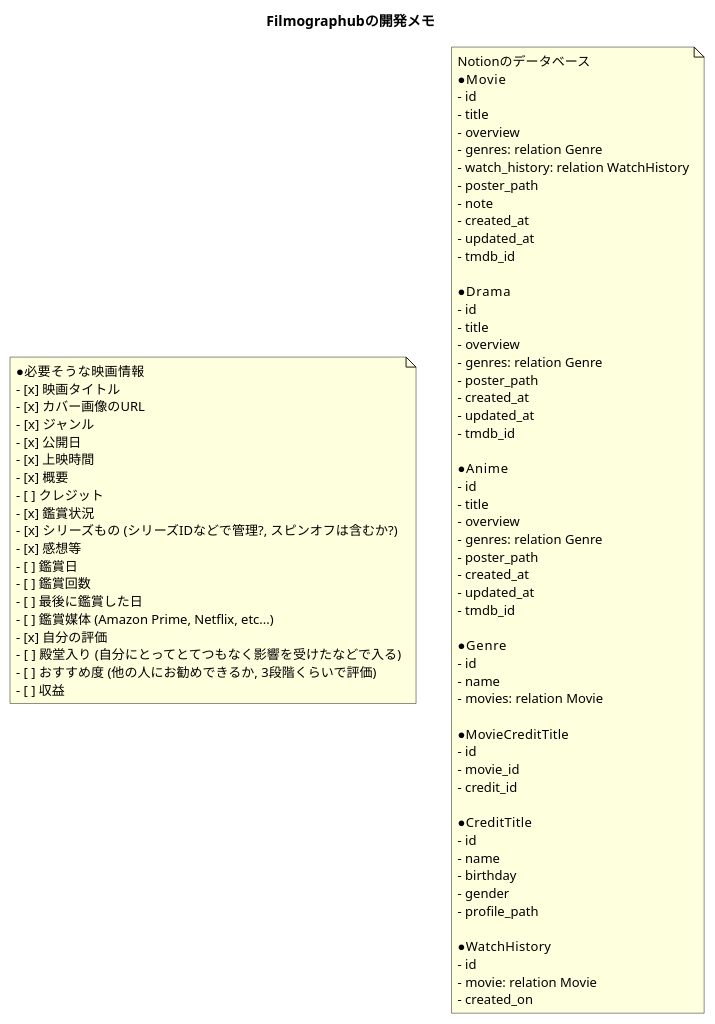
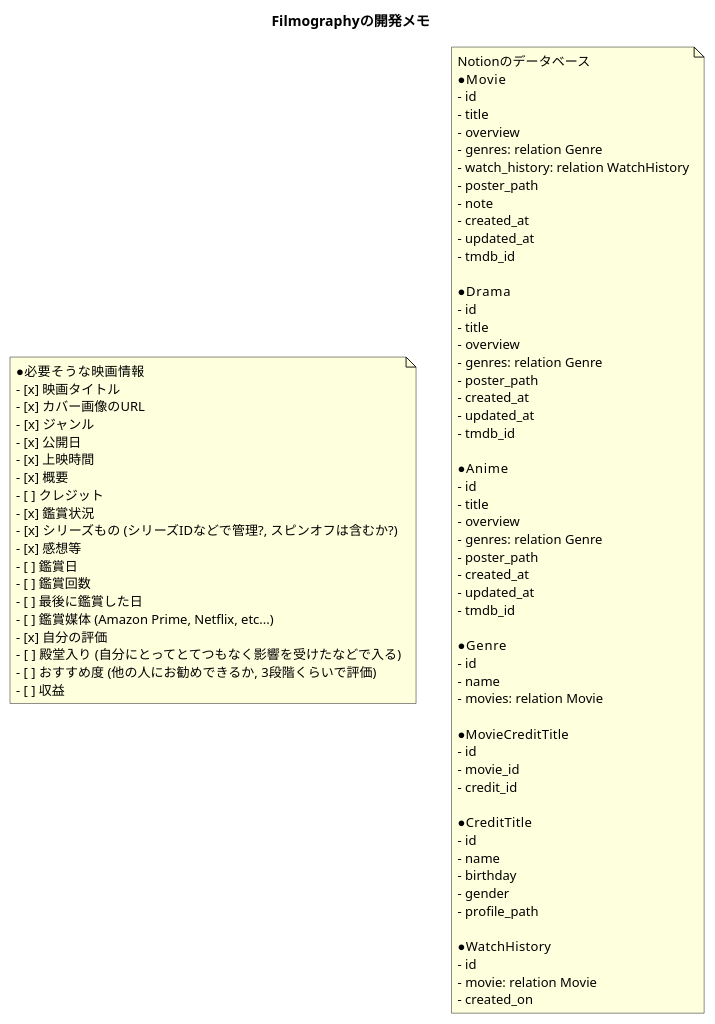
The diagram in api/docs/development_memo.puml (takeYY/filmography), drawn with PlantUML before and after one commit. The commit also changed 16 other files, not shown here.

```diff
--- a/api/docs/development_memo.puml
+++ b/api/docs/development_memo.puml
@@ -1,84 +1,84 @@
 @startuml fig_development_memo
-title Filmographubの開発メモ
+title Filmographyの開発メモ
 
 note as Idea
   ●必要そうな映画情報
   - [x] 映画タイトル
   - [x] カバー画像のURL
   - [x] ジャンル
   - [x] 公開日
   - [x] 上映時間
   - [x] 概要
   - [ ] クレジット
   - [x] 鑑賞状況
   - [x] シリーズもの (シリーズIDなどで管理?, スピンオフは含むか?)
   - [x] 感想等
   - [ ] 鑑賞日
   - [ ] 鑑賞回数
   - [ ] 最後に鑑賞した日
   - [ ] 鑑賞媒体 (Amazon Prime, Netflix, etc...)
   - [x] 自分の評価
   - [ ] 殿堂入り (自分にとってとてつもなく影響を受けたなどで入る)
   - [ ] おすすめ度 (他の人にお勧めできるか, 3段階くらいで評価)
   - [ ] 収益
 end note
 
 
 note as Database
   Notionのデータベース
   ●Movie
   - id
   - title
   - overview
   - genres: relation Genre
   - watch_history: relation WatchHistory
   - poster_path
   - note
   - created_at
   - updated_at
   - tmdb_id
 
   ●Drama
   - id
   - title
   - overview
   - genres: relation Genre
   - poster_path
   - created_at
   - updated_at
   - tmdb_id
 
   ●Anime
   - id
   - title
   - overview
   - genres: relation Genre
   - poster_path
   - created_at
   - updated_at
   - tmdb_id
 
   ●Genre
   - id
   - name
   - movies: relation Movie
 
   ●MovieCreditTitle
   - id
   - movie_id
   - credit_id
 
   ●CreditTitle
   - id
   - name
   - birthday
   - gender
   - profile_path
 
   ●WatchHistory
   - id
   - movie: relation Movie
   - created_on
 end note
 
 @enduml
```
